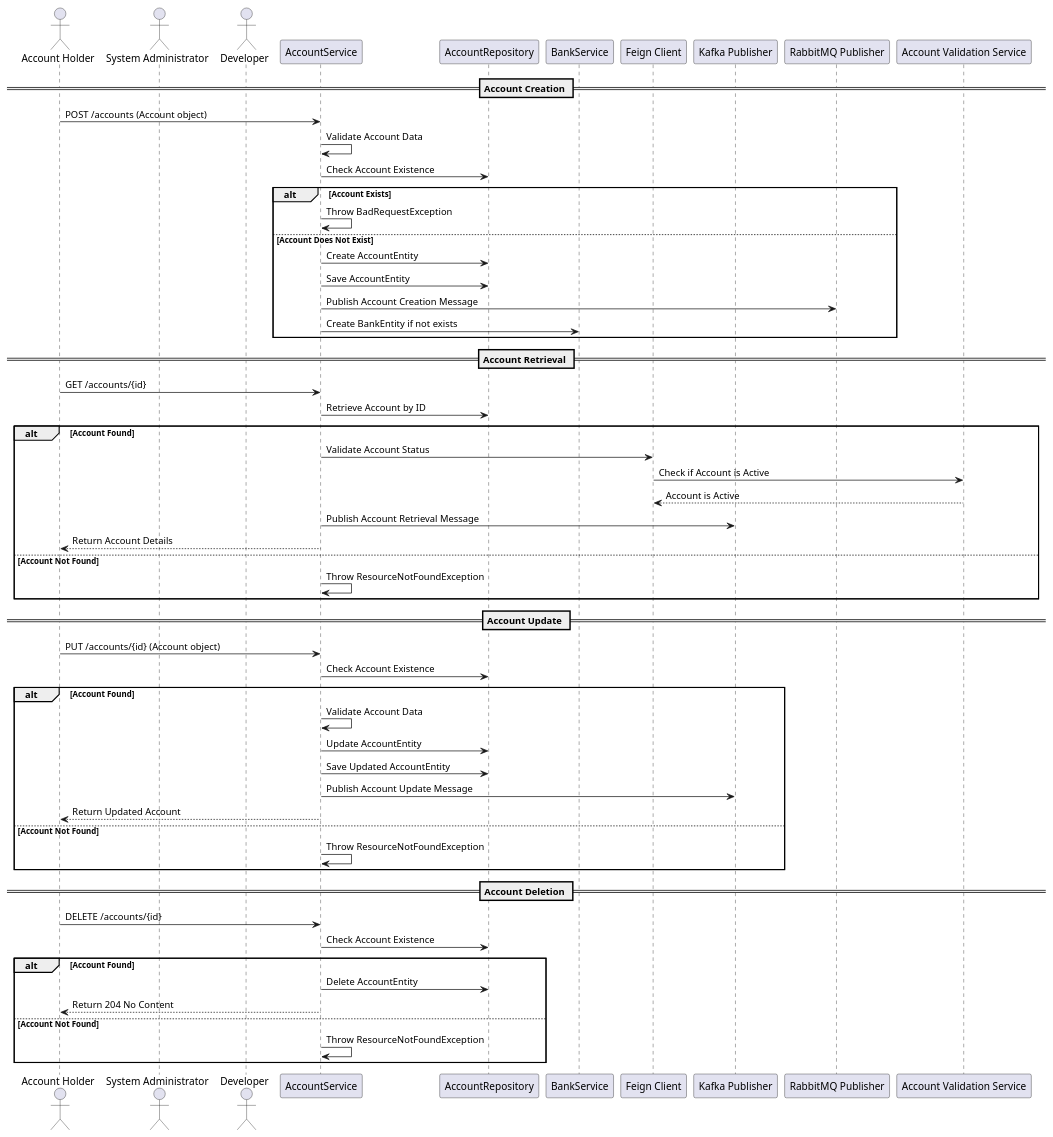
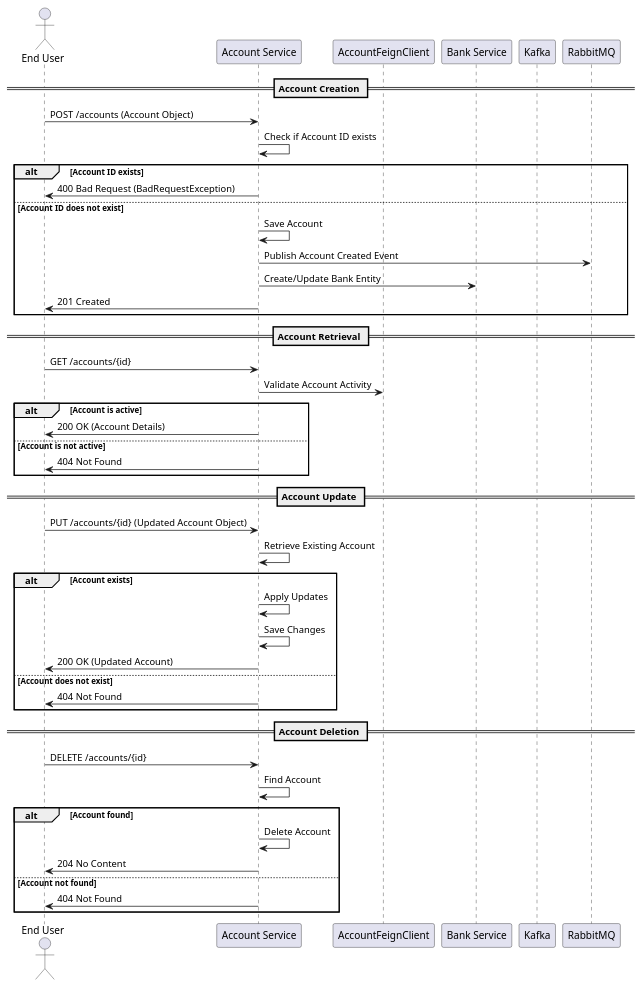
One commit to Bhaskar-Pavan/AccountService changed the diagram in design_document/Account_service.md. Above: the diagram before and after it, drawn with PlantUML. The commit also changed other lines of this file, not shown here.

````diff
--- a/design_document/Account_service.md
+++ b/design_document/Account_service.md
@@ -35,65 +44,53 @@
 ```plantuml
 @startuml
-
-actor "Account Holder" as AH
-actor "System Administrator" as SA
-actor "Developer" as D
-participant "AccountService" as AS
-participant "AccountRepository" as AR
-participant "BankService" as BS
-participant "Feign Client" as FC
-participant "Kafka Publisher" as KP
-participant "RabbitMQ Publisher" as RP
-participant "Account Validation Service" as AVS
+actor "End User" as User
+participant "Account Service" as AccountService
+participant "AccountFeignClient" as FeignClient
+participant "Bank Service" as BankService
+participant "Kafka" as Kafka
+participant "RabbitMQ" as RabbitMQ
 
 == Account Creation ==
-AH -> AS : POST /accounts (Account object)
-AS -> AS : Validate Account Data
-AS -> AR : Check Account Existence
-alt Account Exists
-    AS -> AS : Throw BadRequestException
-else Account Does Not Exist
-    AS -> AR : Create AccountEntity
-    AS -> AR : Save AccountEntity
-    AS -> RP : Publish Account Creation Message
-    AS -> BS : Create BankEntity if not exists
+User -> AccountService: POST /accounts (Account Object)
+AccountService -> AccountService: Check if Account ID exists
+alt Account ID exists
+    AccountService -> User: 400 Bad Request (BadRequestException)
+else Account ID does not exist
+    AccountService -> AccountService: Save Account
+    AccountService -> RabbitMQ: Publish Account Created Event
+    AccountService -> BankService: Create/Update Bank Entity
+    AccountService -> User: 201 Created
 end
 
 == Account Retrieval ==
-AH -> AS : GET /accounts/{id}
-AS -> AR : Retrieve Account by ID
-alt Account Found
-    AS -> FC : Validate Account Status
-    FC -> AVS : Check if Account is Active
-    AVS --> FC : Account is Active
-    AS -> KP : Publish Account Retrieval Message
-    AS --> AH : Return Account Details
-else Account Not Found
-    AS -> AS : Throw ResourceNotFoundException
+User -> AccountService: GET /accounts/{id}
+AccountService -> FeignClient: Validate Account Activity
+alt Account is active
+    AccountService -> User: 200 OK (Account Details)
+else Account is not active
+    AccountService -> User: 404 Not Found
 end
 
 == Account Update ==
-AH -> AS : PUT /accounts/{id} (Account object)
-AS -> AR : Check Account Existence
-alt Account Found
-    AS -> AS : Validate Account Data
-    AS -> AR : Update AccountEntity
-    AS -> AR : Save Updated AccountEntity
-    AS -> KP : Publish Account Update Message
-    AS --> AH : Return Updated Account
-else Account Not Found
-    AS -> AS : Throw ResourceNotFoundException
+User -> AccountService: PUT /accounts/{id} (Updated Account Object)
+AccountService -> AccountService: Retrieve Existing Account
+alt Account exists
+    AccountService -> AccountService: Apply Updates
+    AccountService -> AccountService: Save Changes
+    AccountService -> User: 200 OK (Updated Account)
+else Account does not exist
+    AccountService -> User: 404 Not Found
 end
 
 == Account Deletion ==
-AH -> AS : DELETE /accounts/{id}
-AS -> AR : Check Account Existence
-alt Account Found
-    AS -> AR : Delete AccountEntity
-    AS --> AH : Return 204 No Content
-else Account Not Found
-    AS -> AS : Throw ResourceNotFoundException
+User -> AccountService: DELETE /accounts/{id}
+AccountService -> AccountService: Find Account
+alt Account found
+    AccountService -> AccountService: Delete Account
+    AccountService -> User: 204 No Content
+else Account not found
+    AccountService -> User: 404 Not Found
 end
 
 @enduml
 ```
````
